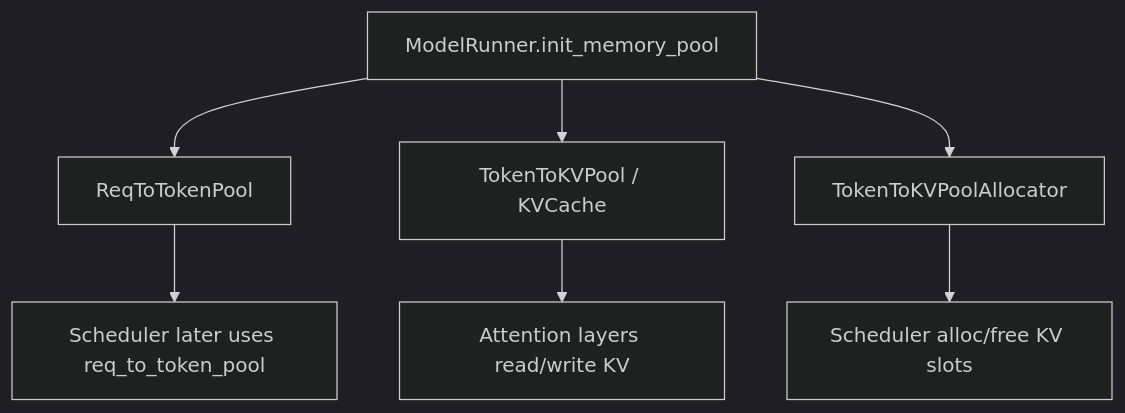
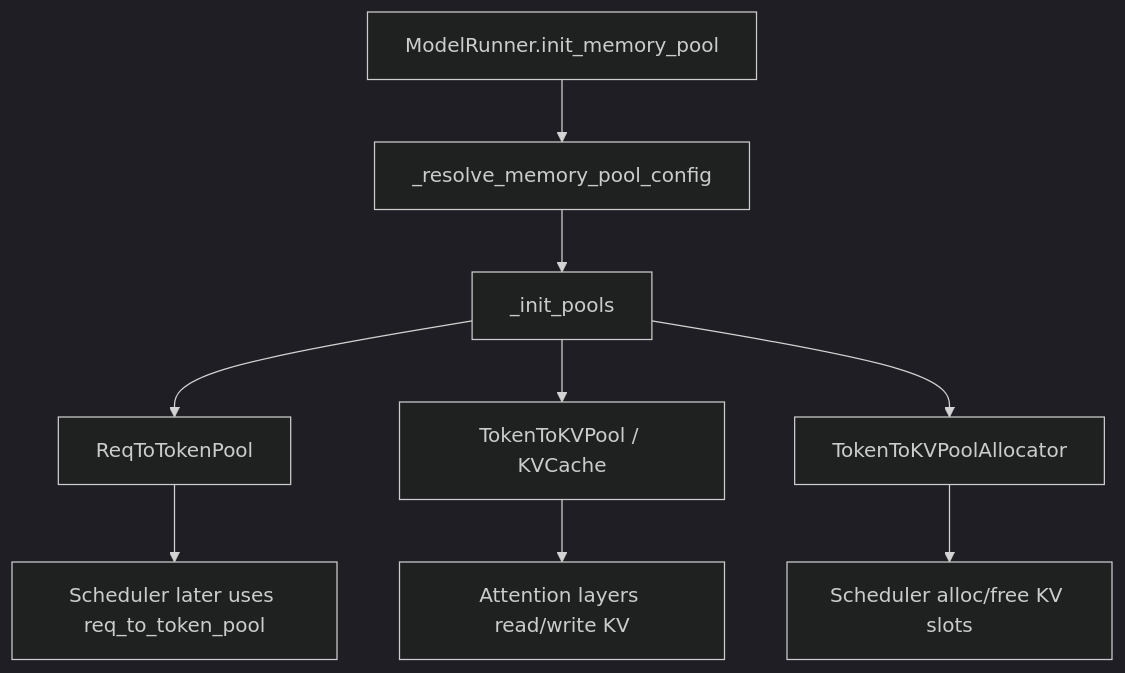
The third of 11 diagrams in learning/sglang-source-reading/03-kv-cache-radix-cache.md (cl-vv-h/SGLang_Tutor), drawn with Mermaid (dark theme) before and after one commit. The commit also changed other lines of this file and 4 other files, not shown here.

````diff
--- a/learning/sglang-source-reading/03-kv-cache-radix-cache.md
+++ b/learning/sglang-source-reading/03-kv-cache-radix-cache.md
@@ -138,9 +63,11 @@
 ```mermaid
 flowchart TD
-  A["ModelRunner.init_memory_pool"] --> B["ReqToTokenPool"]
-  A --> C["TokenToKVPool / KVCache"]
-  A --> D["TokenToKVPoolAllocator"]
-  B --> E["Scheduler later uses req_to_token_pool"]
-  C --> F["Attention layers read/write KV"]
-  D --> G["Scheduler alloc/free KV slots"]
+  A["ModelRunner.init_memory_pool"] --> B["_resolve_memory_pool_config"]
+  B --> C["_init_pools"]
+  C --> D["ReqToTokenPool"]
+  C --> E["TokenToKVPool / KVCache"]
+  C --> F["TokenToKVPoolAllocator"]
+  D --> G["Scheduler later uses req_to_token_pool"]
+  E --> H["Attention layers read/write KV"]
+  F --> I["Scheduler alloc/free KV slots"]
 ```
````
